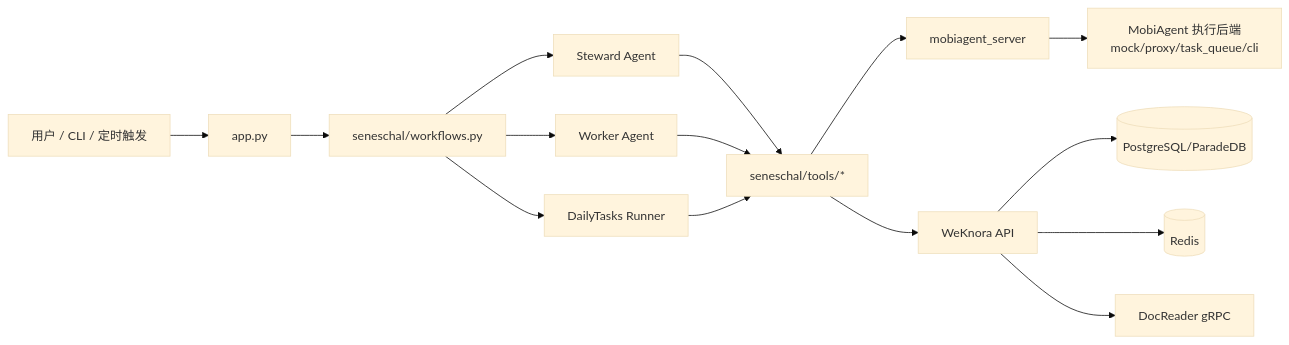
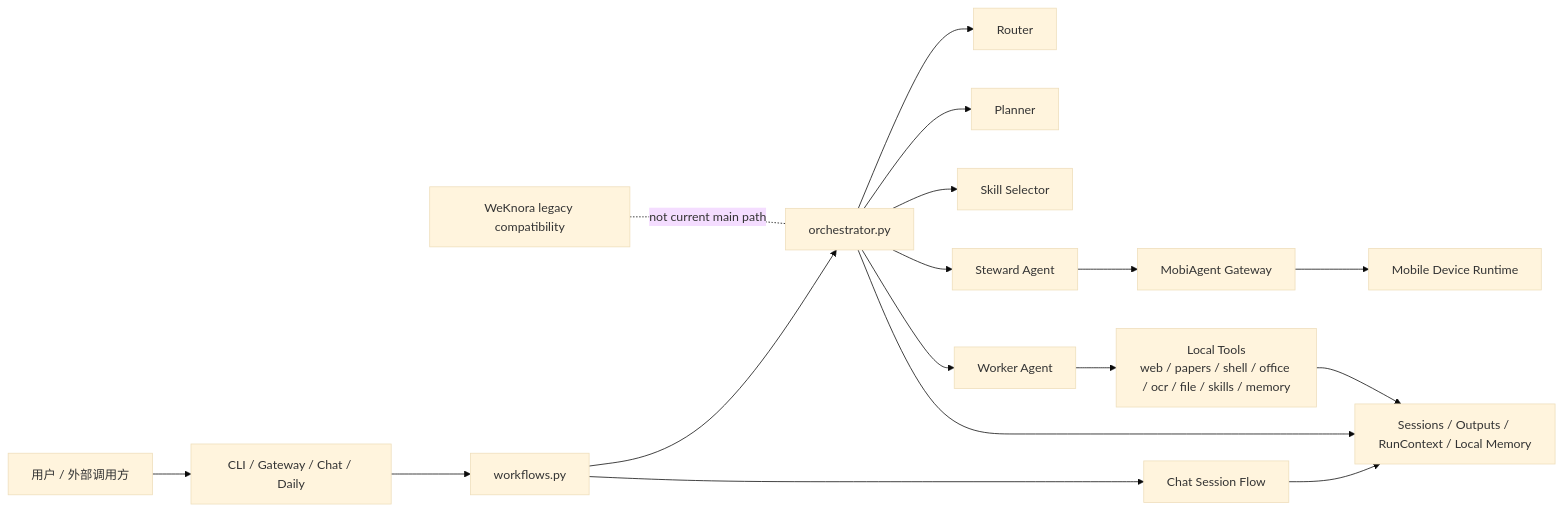
Before and after one commit to IPADS-SAI/MobiClaw: the diagram in docs/Seneschal-简化架构图.md, drawn with Mermaid (base theme). The commit also changed other lines of this file and 8 other files, not shown here.

````diff
--- a/docs/Seneschal-简化架构图.md
+++ b/docs/Seneschal-简化架构图.md
@@ -5,20 +5,23 @@
 ```mermaid
 flowchart LR
-    U[用户 / CLI / 定时触发] --> APP[app.py]
-    APP --> WF[seneschal/workflows.py]
-    WF --> SA[Steward Agent]
-    WF --> WA[Worker Agent]
-    WF --> DT[DailyTasks Runner]
+    U[用户 / 外部调用方] --> E[CLI / Gateway / Chat / Daily]
+    E --> WF[workflows.py]
+    WF --> ORCH[orchestrator.py]
+    WF --> CHAT[Chat Session Flow]
 
-    SA --> T[seneschal/tools/*]
-    WA --> T
-    DT --> T
+    ORCH --> R[Router]
+    ORCH --> P[Planner]
+    ORCH --> S[Skill Selector]
+    ORCH --> W[Worker Agent]
+    ORCH --> ST[Steward Agent]
 
-    T --> MG[mobiagent_server]
-    T --> WK[WeKnora API]
+    W --> T[Local Tools\nweb / papers / shell / office / ocr / file / skills / memory]
+    ST --> MG[MobiAgent Gateway]
+    MG --> PHONE[Mobile Device Runtime]
 
-    MG --> MExec[MobiAgent 执行后端\nmock/proxy/task_queue/cli]
-    WK --> DB[(PostgreSQL/ParadeDB)]
-    WK --> RE[(Redis)]
-    WK --> DR[DocReader gRPC]
+    CHAT --> STATE[Sessions / Outputs / RunContext / Local Memory]
+    ORCH --> STATE
+    T --> STATE
+
+    LEG[WeKnora legacy compatibility] -.not current main path.- ORCH
 ```
````
